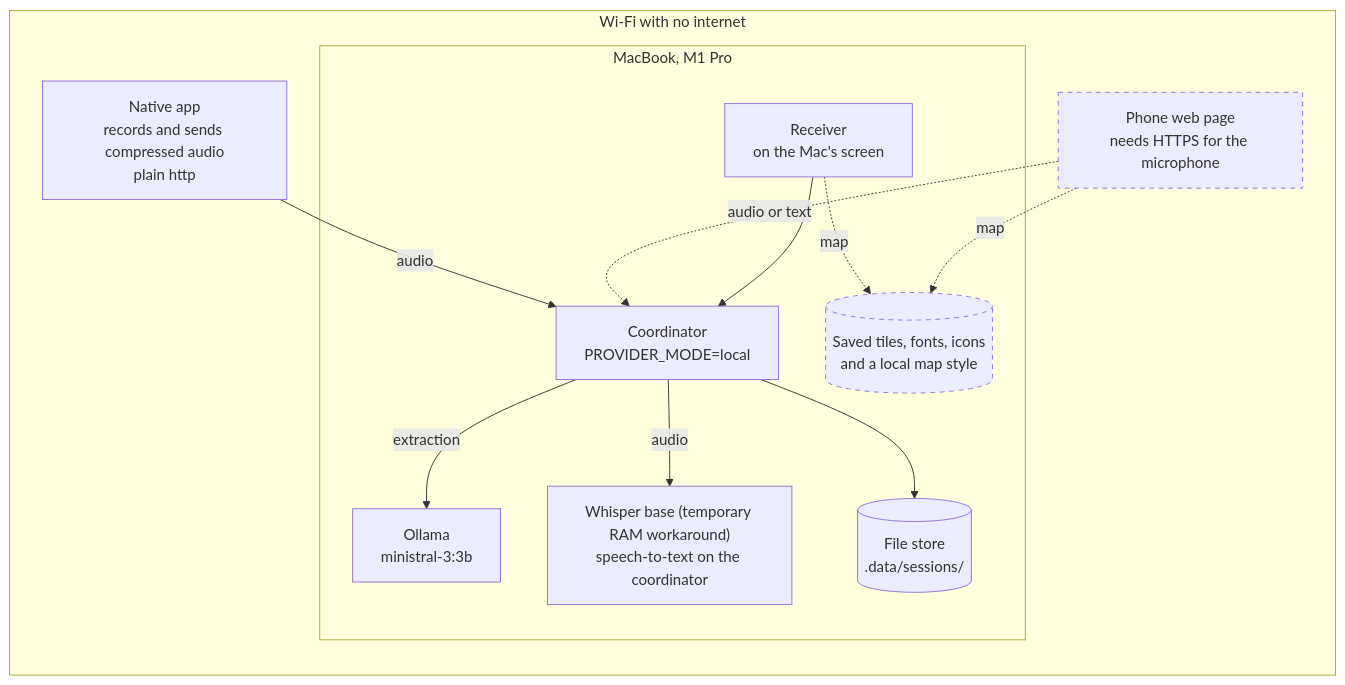
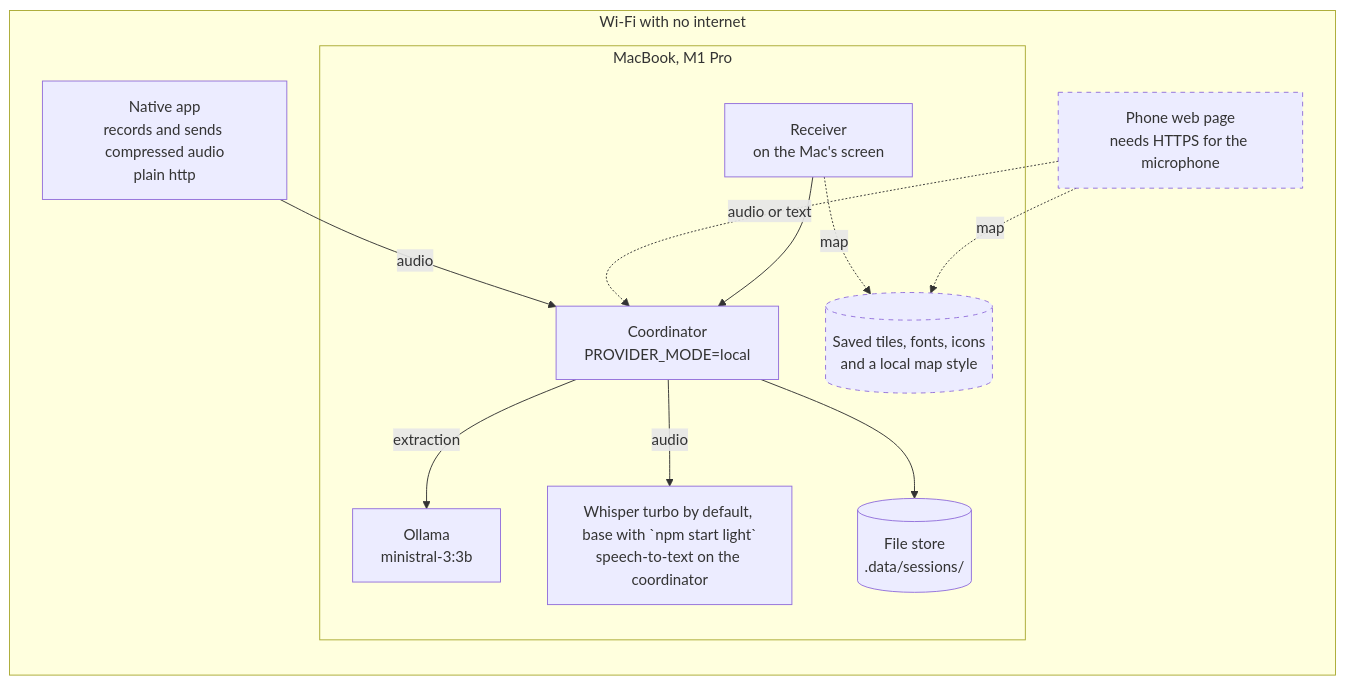
The fifth of 5 diagrams in docs/plan.md (adam2765/edth-hackathon), drawn with Mermaid before and after one commit. The commit also changed other lines of this file and 11 other files, not shown here.

First line of the commit message:
Add npm start light while restoring regular model default

````diff
--- a/docs/plan.md
+++ b/docs/plan.md
@@ -272,26 +272,26 @@
 ```mermaid
 flowchart LR
     subgraph NET["Wi-Fi with no internet"]
         NAT["Native app<br/>records and sends compressed audio<br/>plain http"]
         WEB["Phone web page<br/>needs HTTPS for the microphone"]:::todo
         subgraph MAC["MacBook, M1 Pro"]
             CO["Coordinator<br/>PROVIDER_MODE=local"]
             OLL["Ollama<br/>ministral-3:3b"]
-            WHS["Whisper base (temporary RAM workaround)<br/>speech-to-text on the coordinator"]
+            WHS["Whisper turbo by default, base with `npm start light`<br/>speech-to-text on the coordinator"]
             ST[("File store<br/>.data/sessions/")]
             RX["Receiver<br/>on the Mac's screen"]
             TILES[("Saved tiles, fonts, icons<br/>and a local map style")]:::todo
         end
     end
 
     NAT -- "audio" --> CO
     WEB -. "audio or text" .-> CO
     CO -- "extraction" --> OLL
     CO -- "audio" --> WHS
     CO --> ST
     RX --> CO
     RX -. "map" .-> TILES
     WEB -. "map" .-> TILES
 
     classDef todo stroke-dasharray: 5 5
 ```
````
